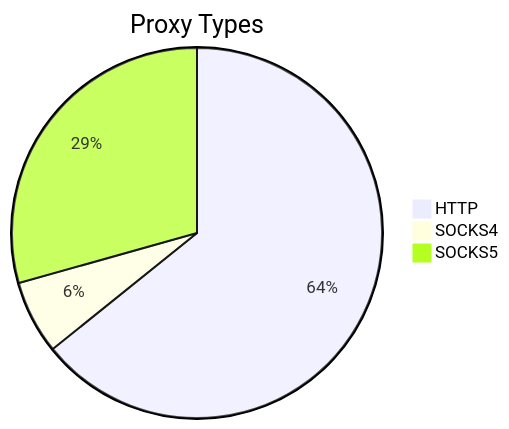
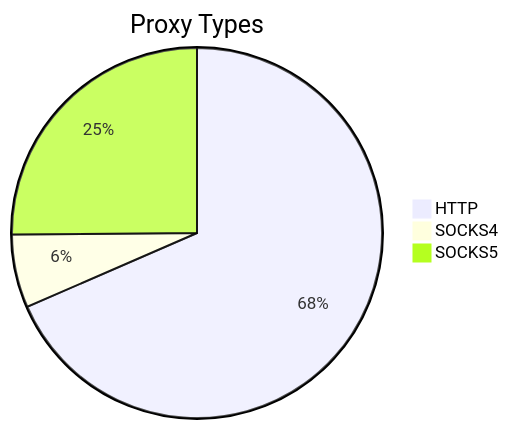
Before and after one commit to stormsia/proxy-list: the first of 2 diagrams in README.md, drawn with Mermaid. The commit also changed other lines of this file, not shown here.

````diff
--- a/README.md
+++ b/README.md
@@ -21,6 +21,6 @@
 ```mermaid
 pie title Proxy Types
-    "HTTP" : 140
-    "SOCKS4" : 14
-    "SOCKS5" : 64
+    "HTTP" : 139
+    "SOCKS4" : 13
+    "SOCKS5" : 51
 ```
````
